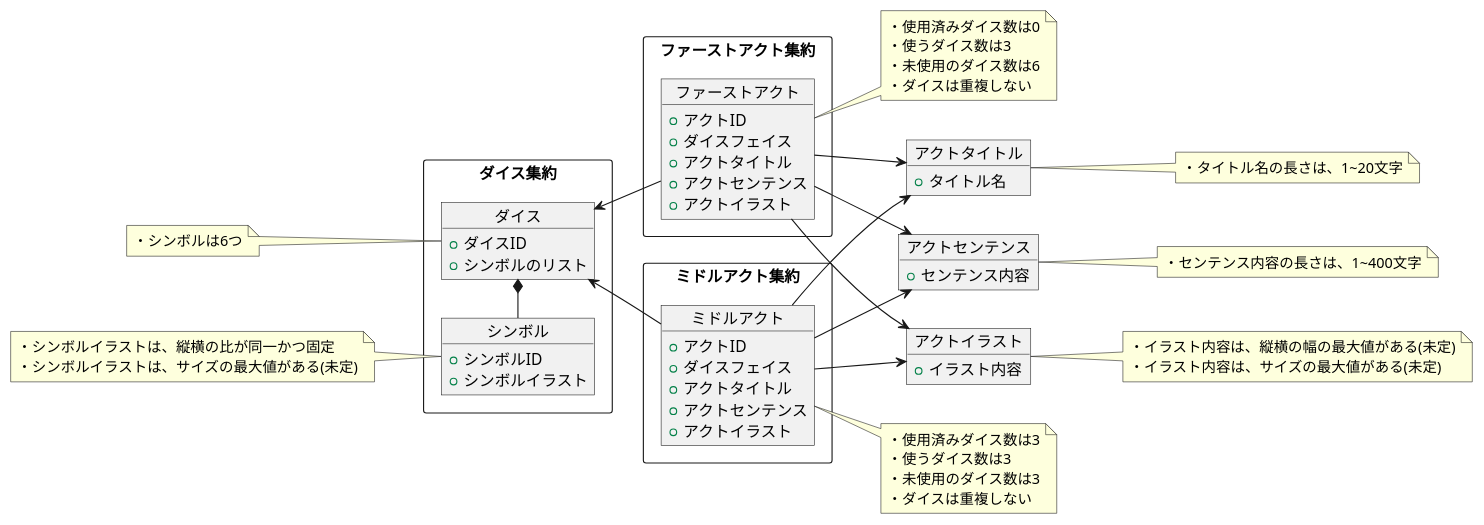
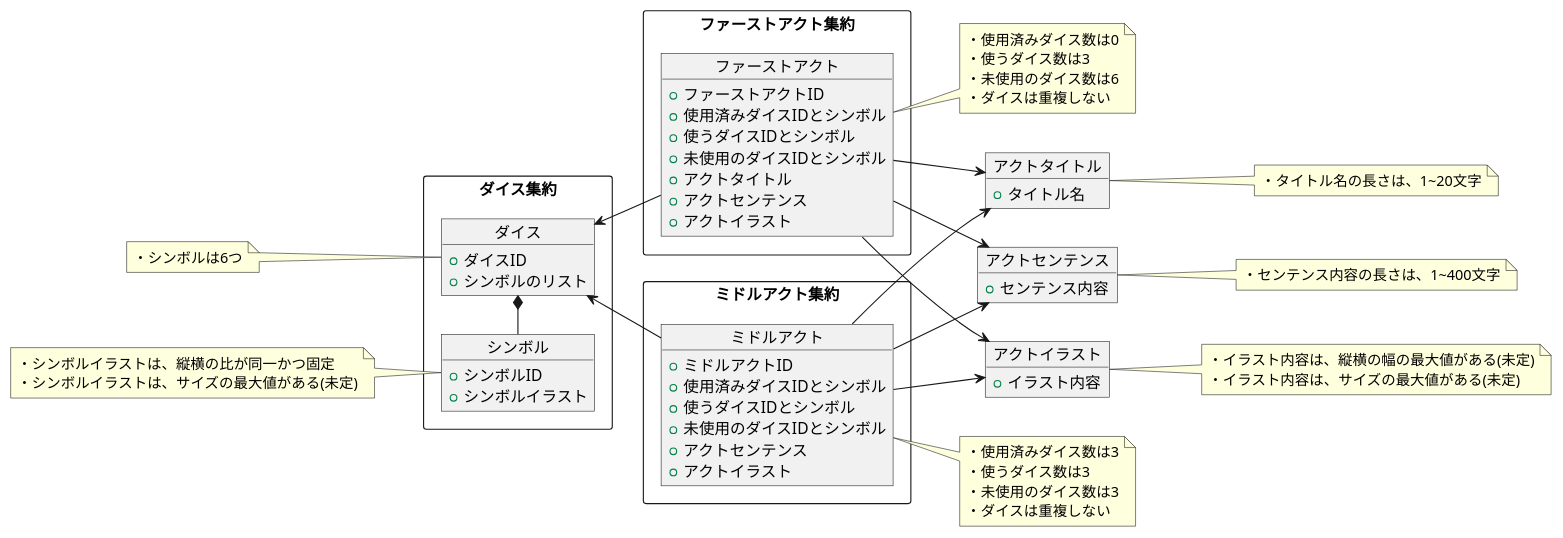
Before and after one commit to kazurego7/StoryCubesWeb: the diagram in documents/domainModel/Act.pu, drawn with PlantUML.

Commit message:
わすれてた

```diff
--- a/documents/domainModel/Act.pu
+++ b/documents/domainModel/Act.pu
@@ -1,98 +1,101 @@
 @startuml FirstAct
 
 left to right direction
 
 rectangle ファーストアクト集約 {
     object ファーストアクト
 }
 
 object ファーストアクト {
-    + アクトID
-    + ダイスフェイス
+    + ファーストアクトID
+    + 使用済みダイスIDとシンボル
+    + 使うダイスIDとシンボル
+    + 未使用のダイスIDとシンボル
     + アクトタイトル
     + アクトセンテンス
     + アクトイラスト
 }
 
 note right of ファーストアクト
 ・使用済みダイス数は0
 ・使うダイス数は3
 ・未使用のダイス数は6
 ・ダイスは重複しない
 end note
 
 rectangle ミドルアクト集約 {
     object ミドルアクト
 }
 
 object ミドルアクト {
-    + アクトID
-    + ダイスフェイス
-    + アクトタイトル
+    + ミドルアクトID
+    + 使用済みダイスIDとシンボル
+    + 使うダイスIDとシンボル
+    + 未使用のダイスIDとシンボル
     + アクトセンテンス
     + アクトイラスト
 }
 
 note right of ミドルアクト
 ・使用済みダイス数は3
 ・使うダイス数は3
 ・未使用のダイス数は3
 ・ダイスは重複しない
 end note
 
 object アクトタイトル {
     + タイトル名
 }
 ファーストアクト --> アクトタイトル
 ミドルアクト --> アクトタイトル
 note right of アクトタイトル
 ・タイトル名の長さは、1~20文字
 end note
 
 object アクトセンテンス {
     + センテンス内容
 }
 ファーストアクト --> アクトセンテンス
 ミドルアクト --> アクトセンテンス
 note right of アクトセンテンス
 ・センテンス内容の長さは、1~400文字
 end note
 
 object アクトイラスト {
     + イラスト内容
 }
 ファーストアクト --> アクトイラスト
 ミドルアクト --> アクトイラスト
 note right of アクトイラスト
 ・イラスト内容は、縦横の幅の最大値がある(未定)
 ・イラスト内容は、サイズの最大値がある(未定)
 end note
 
 rectangle ダイス集約 {
     object ダイス
     object シンボル
     ファーストアクト -up-> ダイス
     ミドルアクト -up-> ダイス
     シンボル -left-* ダイス
 }
 
 object ダイス {
     + ダイスID
     + シンボルのリスト
 }
 
 note left of ダイス 
 ・シンボルは6つ
 end note
 
 object シンボル {
     + シンボルID
     + シンボルイラスト
 }
 
 note left of シンボル
 ・シンボルイラストは、縦横の比が同一かつ固定
 ・シンボルイラストは、サイズの最大値がある(未定)
 end note
 
 @enduml
```
